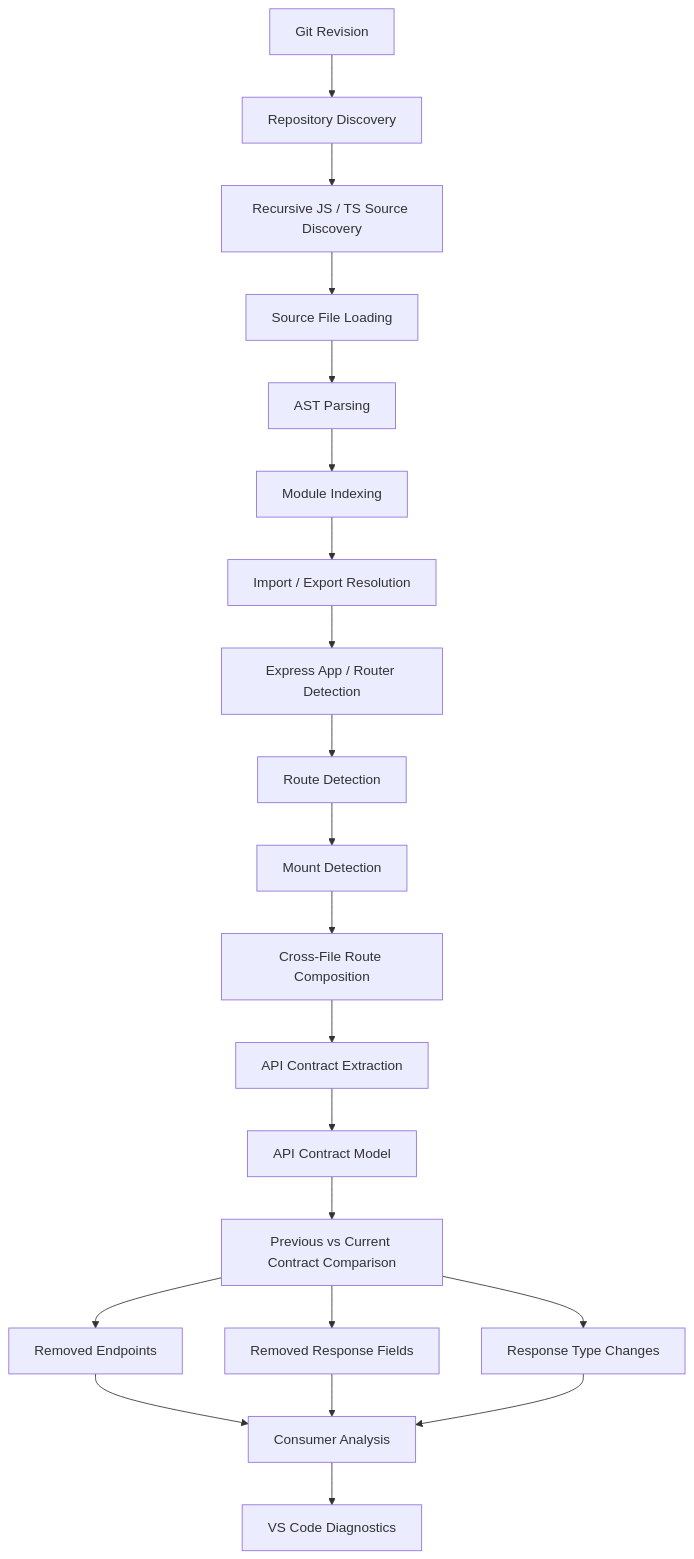
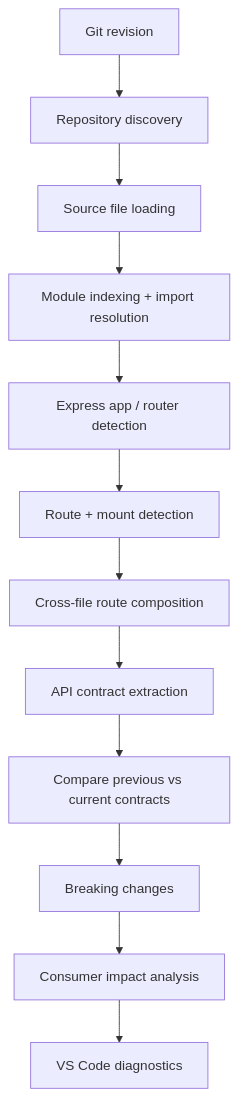
The second of 4 diagrams in README.md (Aaqibhafeezkhan/api-contract-guardian), drawn with Mermaid before and after one commit. The commit also changed other lines of this file and 2 other files, not shown here.

````diff
--- a/README.md
+++ b/README.md
@@ -197,31 +183,14 @@
 ```mermaid
 flowchart TD
-    A["Git Revision"] --> B["Repository Discovery"]
-
-    B --> C["Recursive JS / TS Source Discovery"]
-    C --> D["Source File Loading"]
-    D --> E["AST Parsing"]
-
-    E --> F["Module Indexing"]
-    F --> G["Import / Export Resolution"]
-
-    G --> H["Express App / Router Detection"]
-    H --> I["Route Detection"]
-    I --> J["Mount Detection"]
-    J --> K["Cross-File Route Composition"]
-
-    K --> L["API Contract Extraction"]
-    L --> M["API Contract Model"]
-
-    M --> N["Previous vs Current Contract Comparison"]
-
-    N --> O["Removed Endpoints"]
-    N --> P["Removed Response Fields"]
-    N --> Q["Response Type Changes"]
-
-    O --> R["Consumer Analysis"]
-    P --> R
-    Q --> R
-
-    R --> S["VS Code Diagnostics"]
+    A["Git revision"] --> B["Repository discovery"]
+    B --> C["Source file loading"]
+    C --> D["Module indexing + import resolution"]
+    D --> E["Express app / router detection"]
+    E --> F["Route + mount detection"]
+    F --> G["Cross-file route composition"]
+    G --> H["API contract extraction"]
+    H --> I["Compare previous vs current contracts"]
+    I --> J["Breaking changes"]
+    J --> K["Consumer impact analysis"]
+    K --> L["VS Code diagnostics"]
 ```
````
